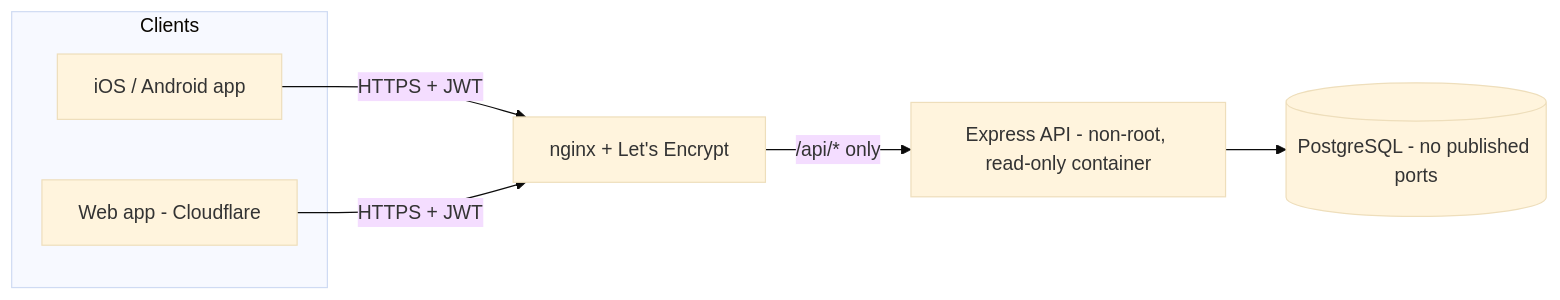
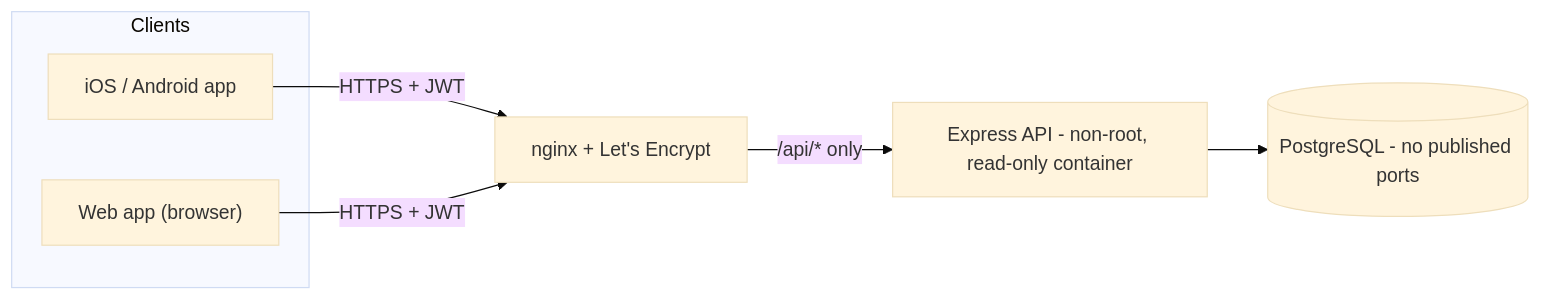
One commit to Jump0ts/mymoney changed the diagram in README.md. Above: the diagram before and after it, drawn with Mermaid (base theme). The commit also changed other lines of this file and 6 other files, not shown here.

First line of the commit message:
chore: la web ya no va en Cloudflare: fuera wrangler.jsonc y referencias

````diff
--- a/README.md
+++ b/README.md
@@ -52,11 +52,11 @@
 ```mermaid
 flowchart LR
   subgraph Clients
     A["iOS / Android app"]
-    W["Web app - Cloudflare"]
+    W["Web app (browser)"]
   end
   A -->|"HTTPS + JWT"| N["nginx + Let's Encrypt"]
   W -->|"HTTPS + JWT"| N
   N -->|"/api/* only"| API["Express API - non-root, read-only container"]
   API --> DB[("PostgreSQL - no published ports")]
 ```
````
